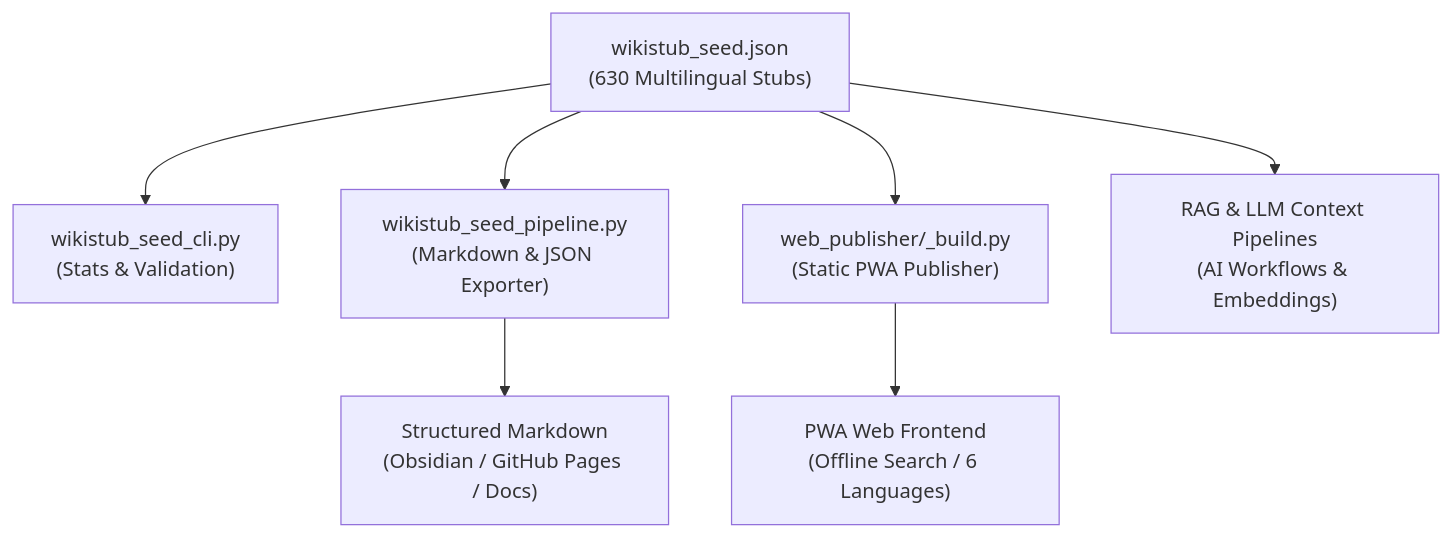
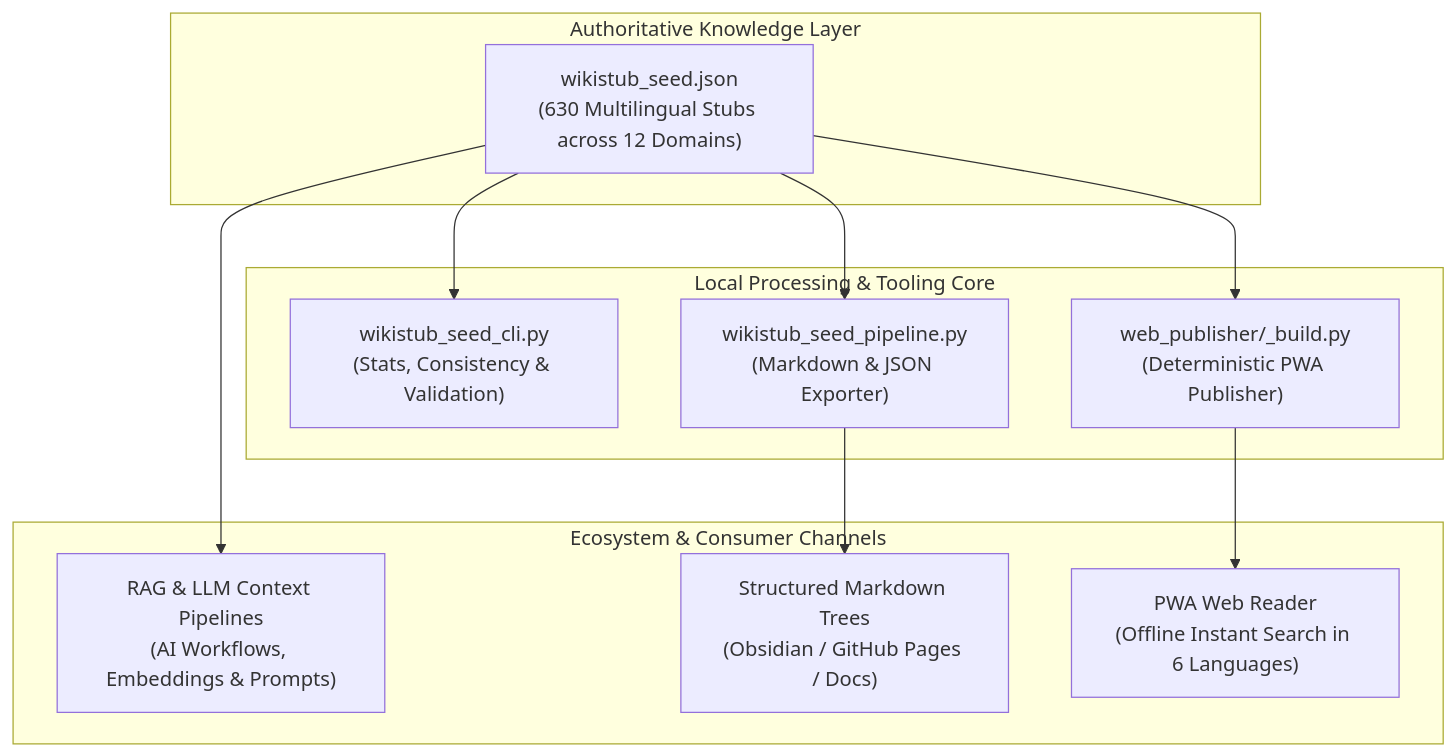
Before and after one commit to dev-bricks/WikiStub-Seed: the first of 2 diagrams in README.md, drawn with Mermaid. The commit also changed other lines of this file and 8 other files, not shown here.

````diff
--- a/README.md
+++ b/README.md
@@ -86,9 +92,22 @@
 ```mermaid
 flowchart TD
-    A["wikistub_seed.json<br/>(630 Multilingual Stubs)"] --> B["wikistub_seed_cli.py<br/>(Stats & Validation)"]
-    A --> C["wikistub_seed_pipeline.py<br/>(Markdown & JSON Exporter)"]
-    A --> D["web_publisher/_build.py<br/>(Static PWA Publisher)"]
-    A --> E["RAG & LLM Context Pipelines<br/>(AI Workflows & Embeddings)"]
-    C --> F["Structured Markdown<br/>(Obsidian / GitHub Pages / Docs)"]
-    D --> G["PWA Web Frontend<br/>(Offline Search / 6 Languages)"]
+    subgraph Data_Layer["Authoritative Knowledge Layer"]
+        A["wikistub_seed.json<br/>(630 Multilingual Stubs across 12 Domains)"]
+    end
+    subgraph Processing_Core["Local Processing & Tooling Core"]
+        B["wikistub_seed_cli.py<br/>(Stats, Consistency & Validation)"]
+        C["wikistub_seed_pipeline.py<br/>(Markdown & JSON Exporter)"]
+        D["web_publisher/_build.py<br/>(Deterministic PWA Publisher)"]
+    end
+    subgraph Integration_Layer["Ecosystem & Consumer Channels"]
+        E["RAG & LLM Context Pipelines<br/>(AI Workflows, Embeddings & Prompts)"]
+        F["Structured Markdown Trees<br/>(Obsidian / GitHub Pages / Docs)"]
+        G["PWA Web Reader<br/>(Offline Instant Search in 6 Languages)"]
+    end
+    A --> B
+    A --> C
+    A --> D
+    A --> E
+    C --> F
+    D --> G
 ```
````
